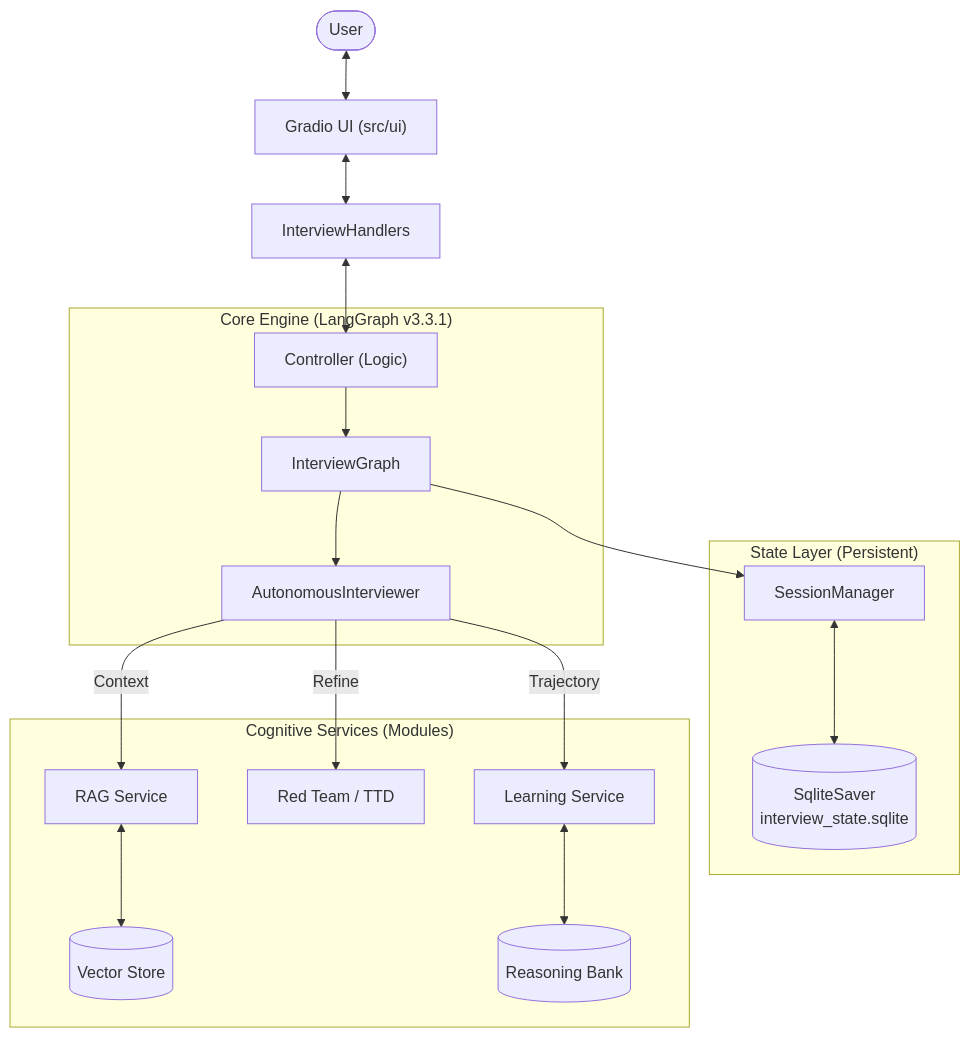
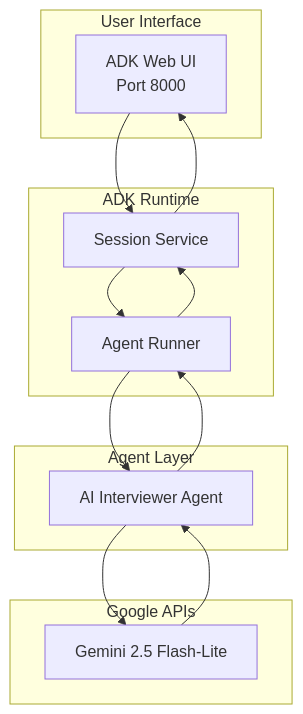
The first of 2 diagrams in docs/ARCHITECTURE.md (VIKAS9793/ai-interviewer-langchain), drawn with Mermaid before and after one commit. The commit also changed other lines of this file and 103 other files, not shown here.

First line of the commit message:
feat(v4.0.0): Complete migration to Google ADK

````diff
--- a/docs/ARCHITECTURE.md
+++ b/docs/ARCHITECTURE.md
@@ -17,32 +9,22 @@
 ```mermaid
-flowchart TD
-    User([User]) <--> View["Gradio UI (src/ui)"]
-    View <--> Handler[InterviewHandlers]
-    Handler <--> Ctrl["Controller (Logic)"]
-    
-    subgraph "Core Engine (LangGraph v3.3.1)"
-        Ctrl --> Graph[InterviewGraph]
-        Graph --> AutoInt[AutonomousInterviewer]
+flowchart TB
+    subgraph "User Interface"
+        A[ADK Web UI<br/>Port 8000]
     end
     
-    subgraph "State Layer (Persistent)"
-        SM[SessionManager]
-        SQLite[(SqliteSaver<br/>interview_state.sqlite)]
-        SM <--> SQLite
+    subgraph "ADK Runtime"
+        B[Session Service]
+        C[Agent Runner]
     end
     
-    subgraph "Cognitive Services (Modules)"
-        RAG[RAG Service]
-        RTTD[Red Team / TTD]
-        Learn[Learning Service]
-        
-        RAG <--> VDB[(Vector Store)]
-        Learn <--> RB[(Reasoning Bank)]
+    subgraph "Agent Layer"
+        D[AI Interviewer Agent]
     end
     
-    Graph --> SM
+    subgraph "Google APIs"
+        E[Gemini 2.5 Flash-Lite]
+    end
     
-    AutoInt -- "Context" --> RAG
-    AutoInt -- "Refine" --> RTTD
-    AutoInt -- "Trajectory" --> Learn
+    A --> B --> C --> D --> E
+    E --> D --> C --> B --> A
 ```
````
